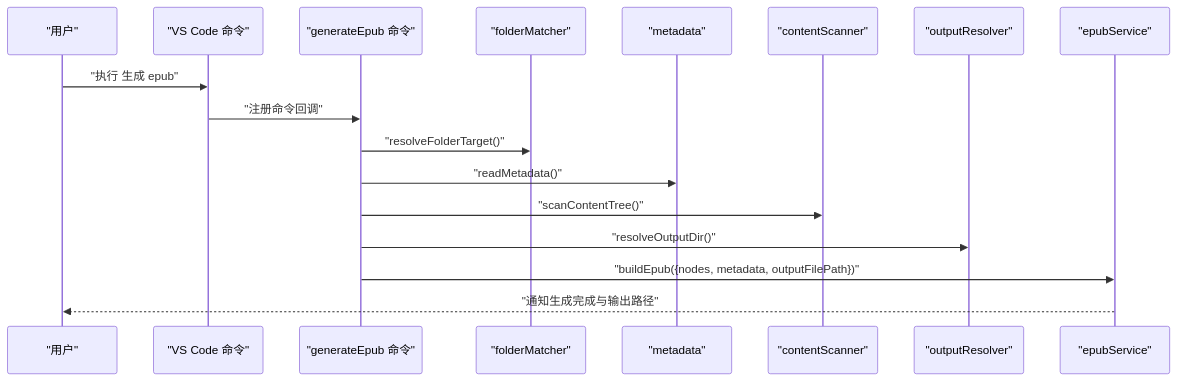
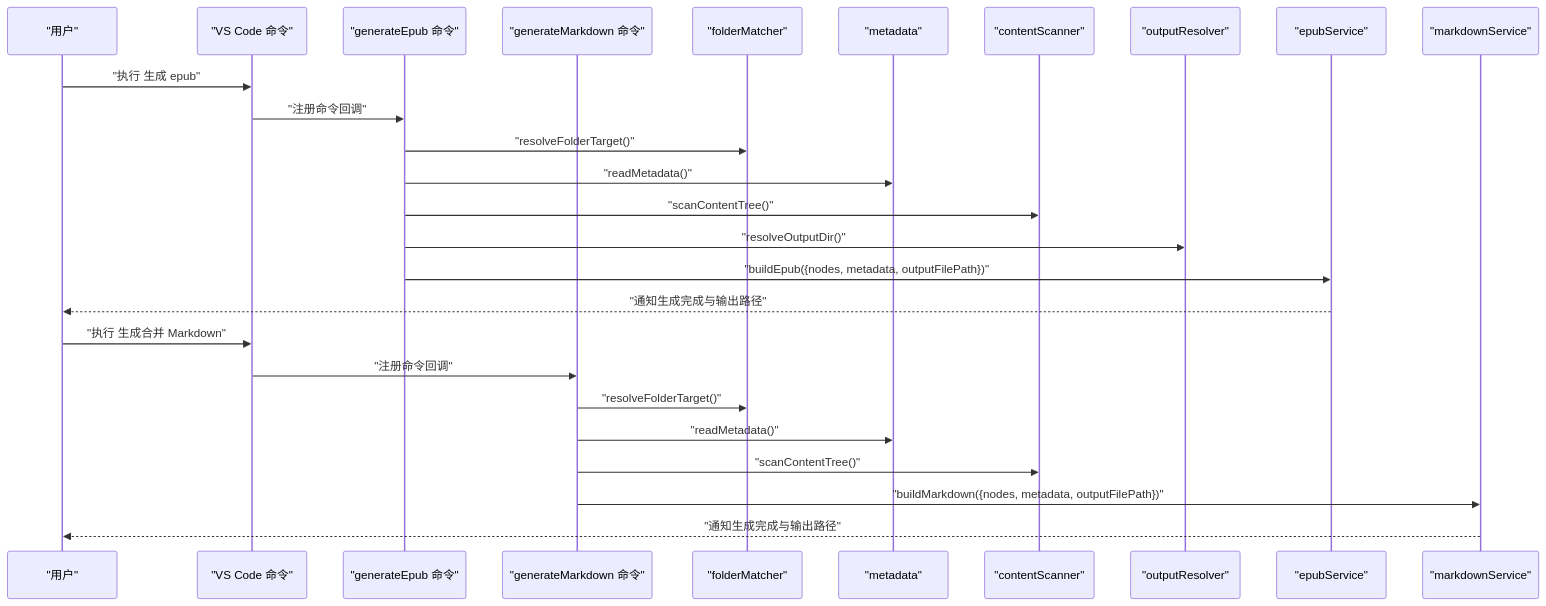
The second of 8 diagrams in .qoder/repowiki/zh/content/示例与最佳实践.md (someok/vscode-folder2epub), drawn with Mermaid before and after one commit. The commit also changed other lines of this file and 8 other files, not shown here.

````diff
--- a/.qoder/repowiki/zh/content/示例与最佳实践.md
+++ b/.qoder/repowiki/zh/content/示例与最佳实践.md
@@ -94,19 +104,28 @@
 ```mermaid
 sequenceDiagram
 participant U as "用户"
 participant VS as "VS Code 命令"
 participant GE as "generateEpub 命令"
+participant GM as "generateMarkdown 命令"
 participant FM as "folderMatcher"
 participant MD as "metadata"
 participant CS as "contentScanner"
 participant OR as "outputResolver"
 participant ES as "epubService"
+participant MS as "markdownService"
 U->>VS : "执行 生成 epub"
 VS->>GE : "注册命令回调"
 GE->>FM : "resolveFolderTarget()"
 GE->>MD : "readMetadata()"
 GE->>CS : "scanContentTree()"
 GE->>OR : "resolveOutputDir()"
 GE->>ES : "buildEpub({nodes, metadata, outputFilePath})"
 ES-->>U : "通知生成完成与输出路径"
+U->>VS : "执行 生成合并 Markdown"
+VS->>GM : "注册命令回调"
+GM->>FM : "resolveFolderTarget()"
+GM->>MD : "readMetadata()"
+GM->>CS : "scanContentTree()"
+GM->>MS : "buildMarkdown({nodes, metadata, outputFilePath})"
+MS-->>U : "通知生成完成与输出路径"
 ```
````
